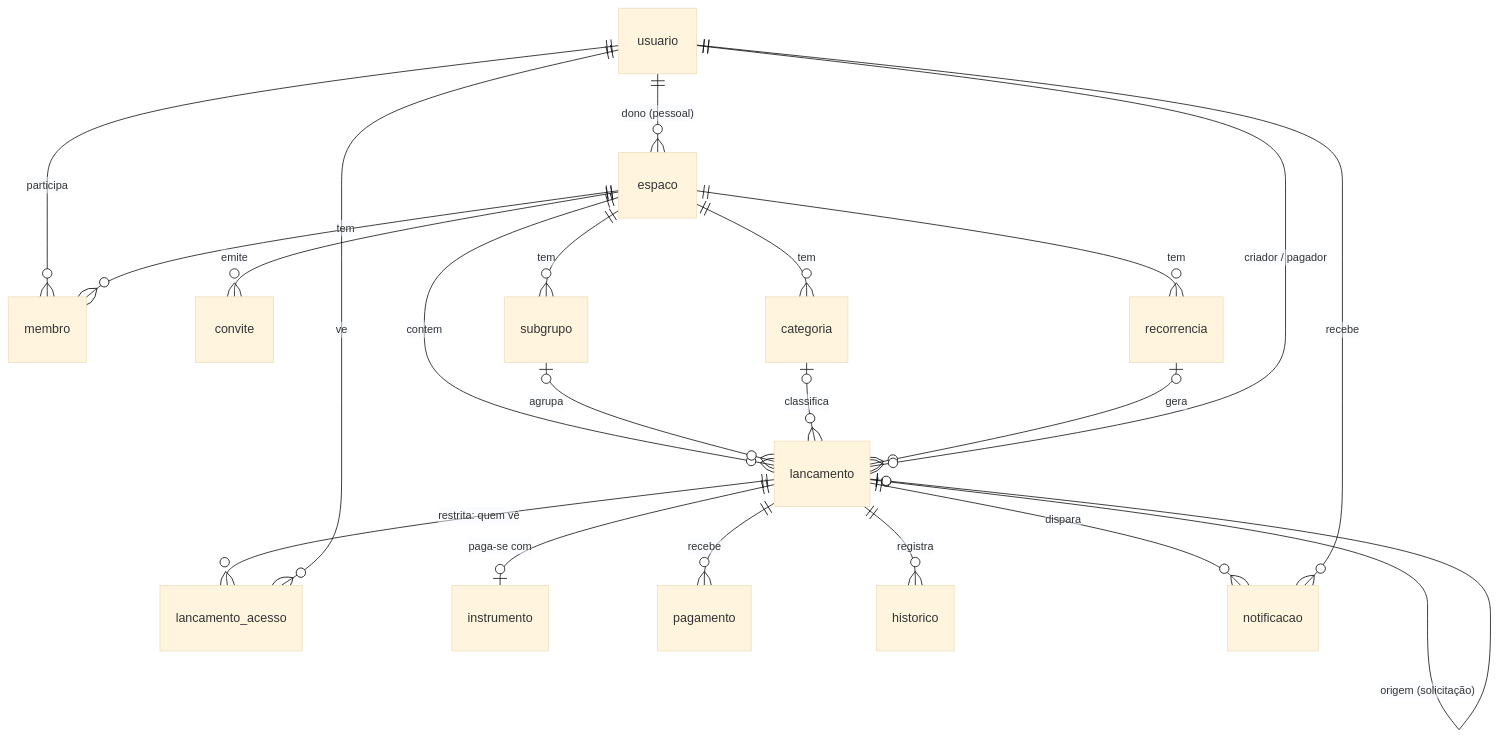
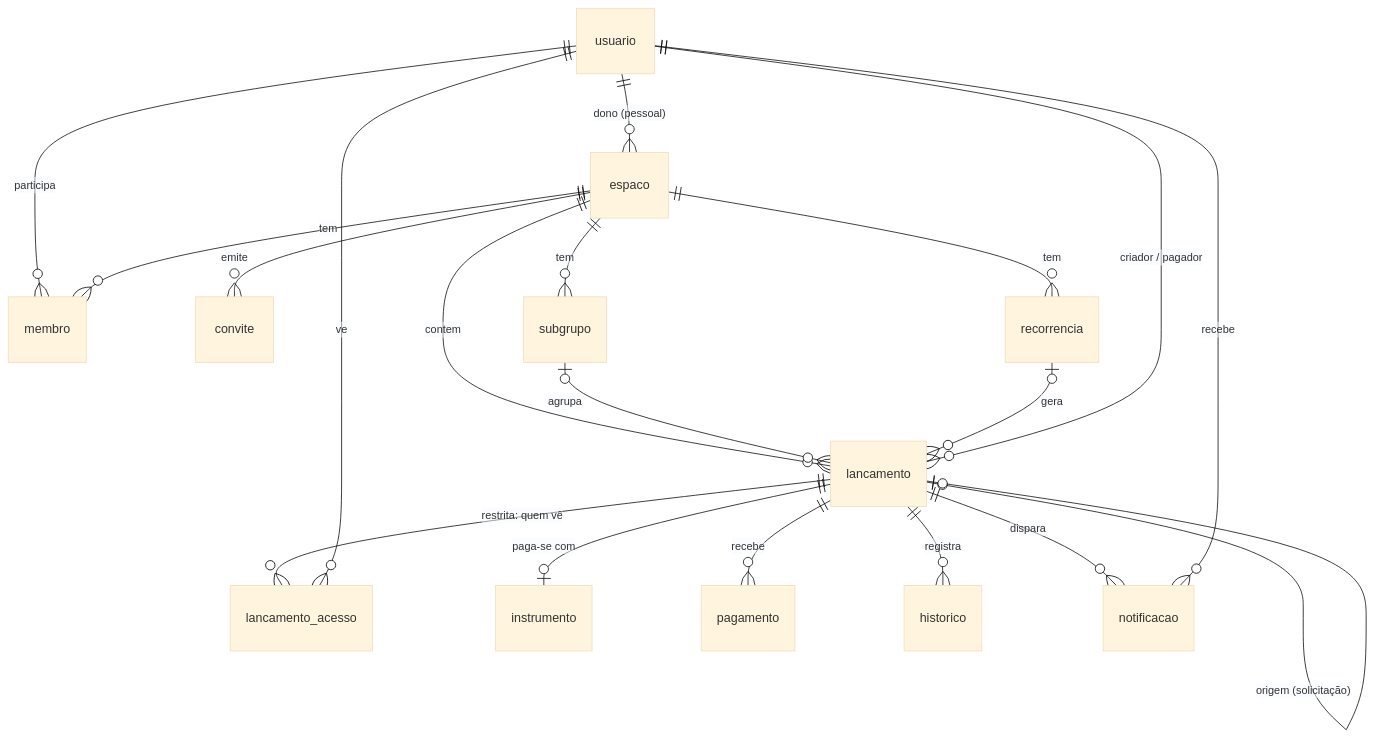
One commit to luis-hm/Varal changed the diagram in docs/dados/modelo.md. Above: the diagram before and after it, drawn with Mermaid (base theme). The commit also changed other lines of this file and 12 other files, not shown here.

````diff
--- a/docs/dados/modelo.md
+++ b/docs/dados/modelo.md
@@ -59,23 +61,21 @@
 ```mermaid
 erDiagram
     usuario ||--o{ espaco : "dono (pessoal)"
     usuario ||--o{ membro : participa
     espaco ||--o{ membro : tem
     espaco ||--o{ convite : emite
     espaco ||--o{ subgrupo : tem
-    espaco ||--o{ categoria : tem
     espaco ||--o{ lancamento : contem
     espaco ||--o{ recorrencia : tem
     subgrupo |o--o{ lancamento : agrupa
-    categoria |o--o{ lancamento : classifica
     recorrencia |o--o{ lancamento : gera
     lancamento |o--o| lancamento : "origem (solicitação)"
     lancamento ||--o{ lancamento_acesso : "restrita: quem vê"
     usuario ||--o{ lancamento_acesso : ve
     lancamento ||--o| instrumento : "paga-se com"
     lancamento ||--o{ pagamento : recebe
     lancamento ||--o{ historico : registra
     lancamento ||--o{ notificacao : dispara
     usuario ||--o{ notificacao : recebe
     usuario ||--o{ lancamento : "criador / pagador"
 ```
````
